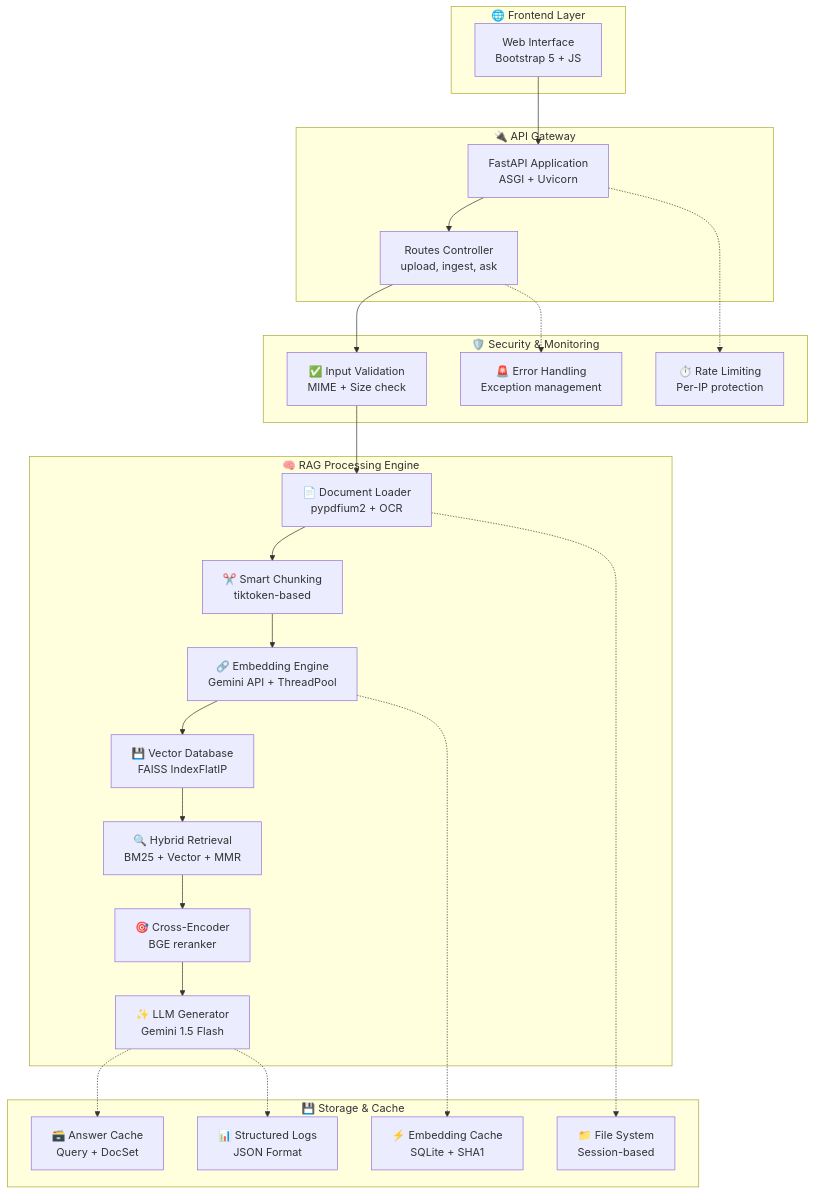
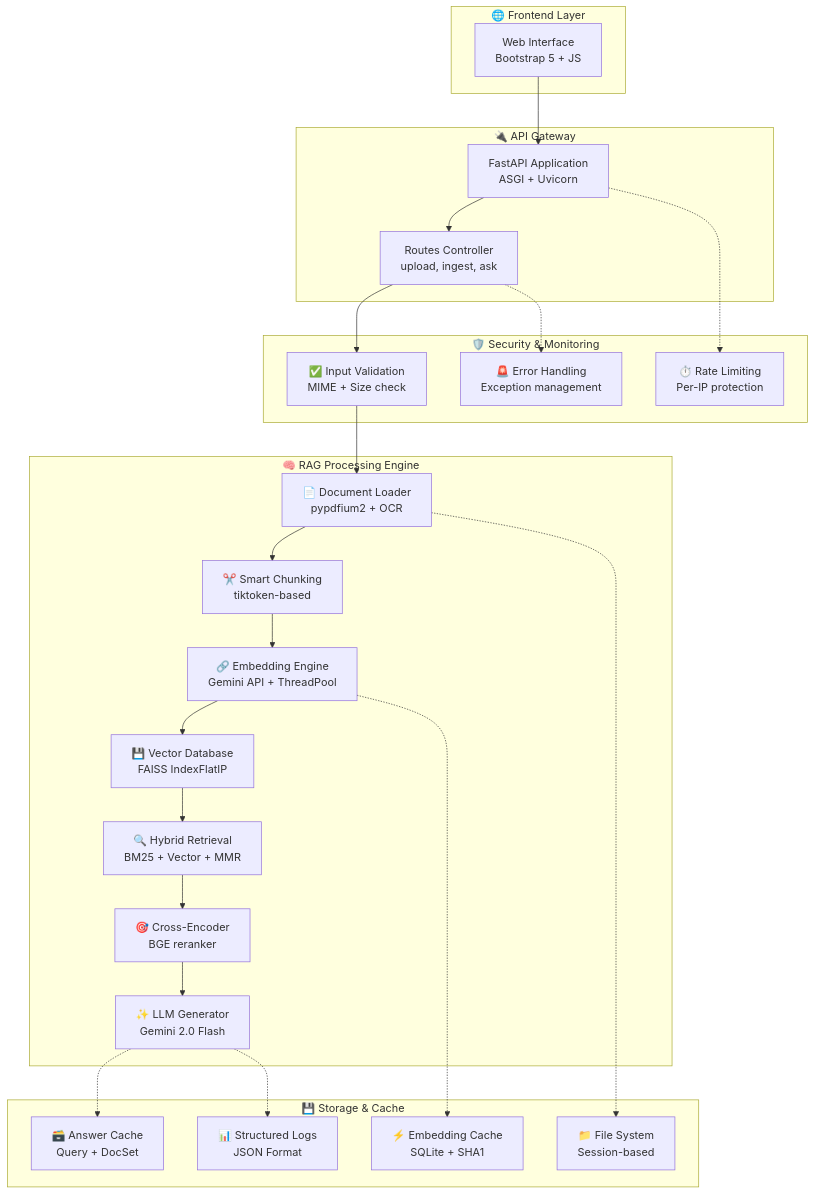
One commit to dungle03/rag-pdf changed the second of 2 diagrams in README.md. Above: the diagram before and after it, drawn with Mermaid. The commit also changed other lines of this file, not shown here.

````diff
--- a/README.md
+++ b/README.md
@@ -51,52 +51,52 @@
 ```mermaid
 graph TB
     subgraph Frontend["🌐 Frontend Layer"]
         UI["Web Interface<br/>Bootstrap 5 + JS"]
     end
     
     subgraph Gateway["🔌 API Gateway"]
         API["FastAPI Application<br/>ASGI + Uvicorn"]
         ROUTES["Routes Controller<br/>upload, ingest, ask"]
     end
     
     subgraph RAGEngine["🧠 RAG Processing Engine"]
         LOADER["📄 Document Loader<br/>pypdfium2 + OCR"]
         CHUNK["✂️ Smart Chunking<br/>tiktoken-based"]
         EMBED["🔗 Embedding Engine<br/>Gemini API + ThreadPool"]
         VECTOR["💾 Vector Database<br/>FAISS IndexFlatIP"]
         SEARCH["🔍 Hybrid Retrieval<br/>BM25 + Vector + MMR"]
         RERANK["🎯 Cross-Encoder<br/>BGE reranker"]
-        GEN["✨ LLM Generator<br/>Gemini 1.5 Flash"]
+        GEN["✨ LLM Generator<br/>Gemini 2.0 Flash"]
     end
     
     subgraph Storage["💾 Storage & Cache"]
         FILES["📁 File System<br/>Session-based"]
         ECACHE["⚡ Embedding Cache<br/>SQLite + SHA1"]
         ACACHE["🗃️ Answer Cache<br/>Query + DocSet"]
         LOGS["📊 Structured Logs<br/>JSON Format"]
     end
     
     subgraph Security["🛡️ Security & Monitoring"]
         VALID["✅ Input Validation<br/>MIME + Size check"]
         RATE["⏱️ Rate Limiting<br/>Per-IP protection"]
         ERROR["🚨 Error Handling<br/>Exception management"]
     end
     
     UI --> API
     API --> ROUTES
     ROUTES --> VALID
     VALID --> LOADER
     LOADER --> CHUNK
     CHUNK --> EMBED
     EMBED --> VECTOR
     VECTOR --> SEARCH
     SEARCH --> RERANK
     RERANK --> GEN
     
     EMBED -.-> ECACHE
     GEN -.-> ACACHE
     LOADER -.-> FILES
     API -.-> RATE
     ROUTES -.-> ERROR
     GEN -.-> LOGS
 ```
````
